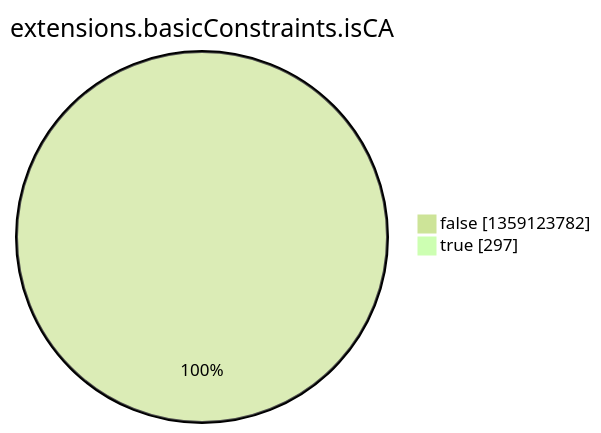
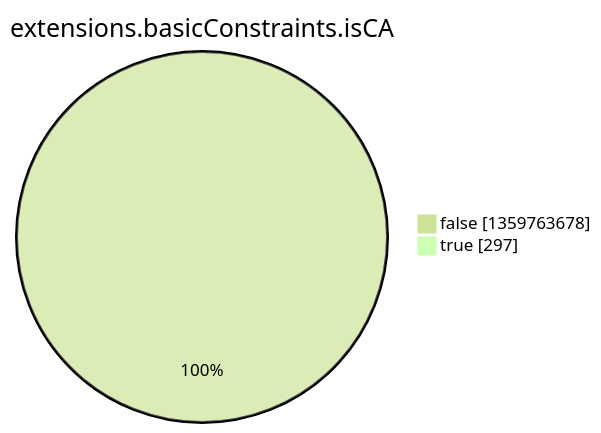
The eighth of 15 diagrams in argon2022/README.md (christiankrug/ctmonitor_visualization), drawn with Mermaid (forest theme) before and after one commit. The commit also changed other lines of this file, not shown here.

````diff
--- a/argon2022/README.md
+++ b/argon2022/README.md
@@ -2758,6 +2758,6 @@
 ```mermaid
 pie showData
 title extensions.basicConstraints.isCA
-"false" :1359123782
+"false" :1359763678
 "true" :297
 ```
````
